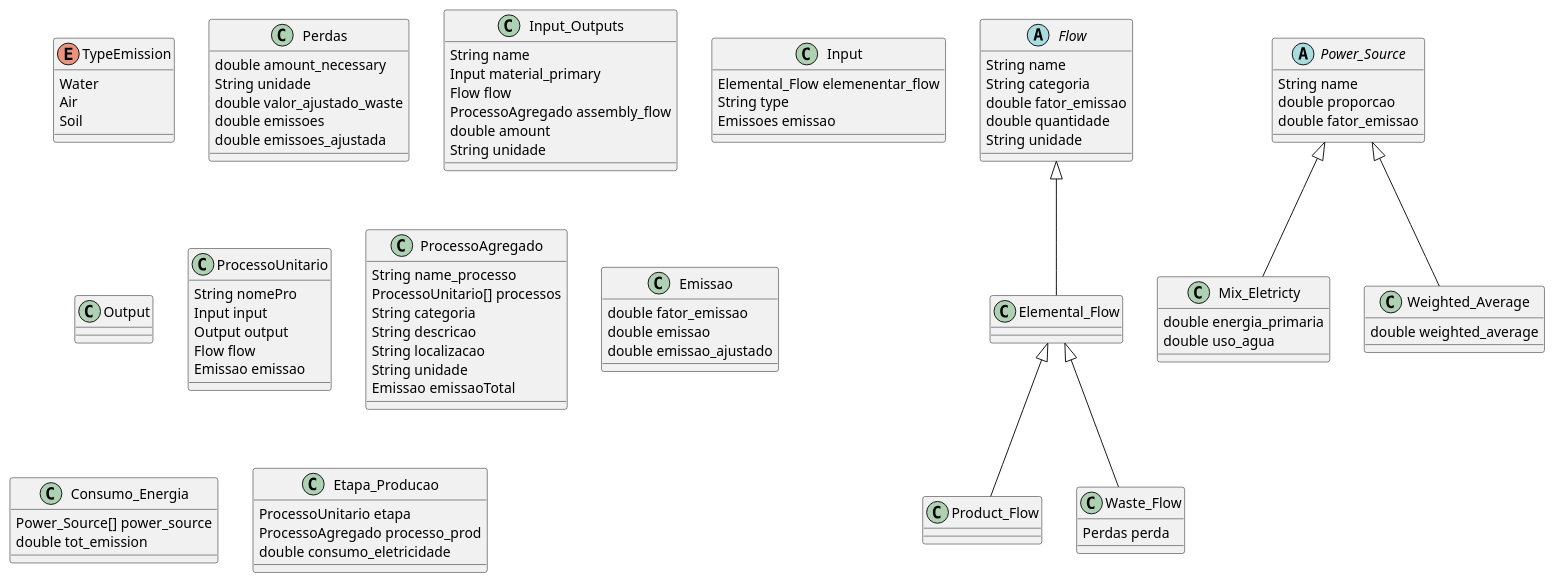
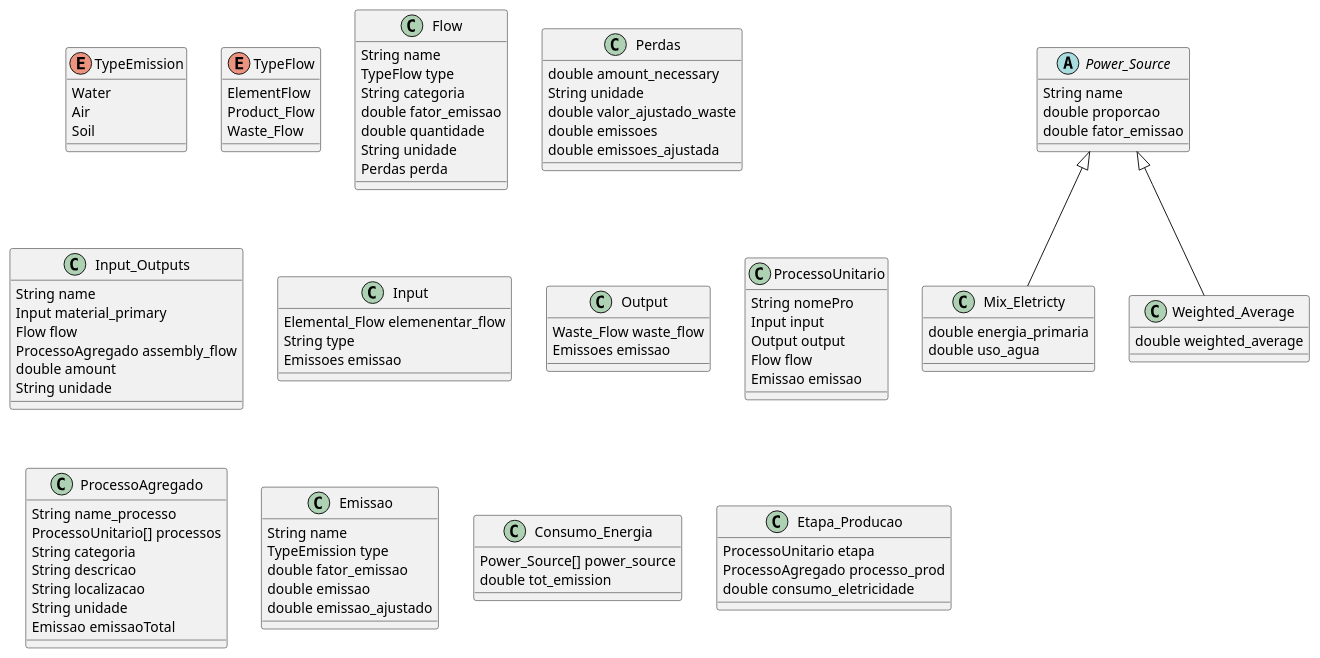
One commit to ArturESTG/DiagramasESIITrabalho changed the diagram in DiagramaAtividade/DiagramaAtividade.plantuml. Above: the diagram before and after it, drawn with PlantUML.

Commit message:
5º commit
Retirei a hiearquia da classe Flow

```diff
--- a/DiagramaAtividade/DiagramaAtividade.plantuml
+++ b/DiagramaAtividade/DiagramaAtividade.plantuml
@@ -1,172 +1,165 @@
 @startuml DiaramaAtividade
 
 /'Inicio enum'/
 
 enum TypeEmission {
     Water 
     Air
     Soil
 }
 
+enum TypeFlow {
+    ElementFlow 
+    Product_Flow 
+    Waste_Flow
+}
+
 /'Fim enum'/
 
 /'Inico das classes'/
 
 /'Esta classe representa os fluxos do trabalho'/
-abstract class Flow {
+class Flow {
     String name
+    TypeFlow type
     String categoria
     double fator_emissao
     double quantidade
     String unidade
-}
-
-/'
-Cada uma destas classes abaixo sao os tipos de flow
-Nota: O Product_Flow e o Waste_Flow são tipos de Elemental_Flow, como descrito
-no enunciado
-'/
-/'Nota o elemenentar flow tanto pode ser um input ou output'/
-class Elemental_Flow extends Flow{
-
-}
-
-/'Ocorre entre processos, ou'/
-class Product_Flow extends Elemental_Flow {
-
-}
-
-/'
-Corresponde as substancias/ objetos que serão "alienados" de alguma forma
-'/
-class Waste_Flow extends Elemental_Flow {
     Perdas perda
 }
 
 class Perdas {
     double amount_necessary
     String unidade
     double valor_ajustado_waste
     double emissoes
     double emissoes_ajustada
 }
 
 /' Aqui guarda os Fluxos de entrada e de saida
 Os de entrada corresponde a tudo o que entra para produzir
 o produto
 Os fluxos de saida a tudo o gerado pela produção
 
 O fator_emissão não até que ponto pode estar cá
 
 class Input_Outputs {
     String name
     typeInput type 
     Flow flow
     double quantidade 
     String unidade
     double fator_emissao
 }
 '/
 
 /'Classe Input_Output está classe guarda os materiais que são considerados inputs e 
 outputs ao mesmo tempo
 Nota: Ignorar o comentario acima, era a classe Input_Output antiga
 '/
 class Input_Outputs {
     String name
     Input material_primary
     Flow flow
     ProcessoAgregado assembly_flow 
     double amount 
     String unidade
 }
 
 /'Representas os mateirais a utilizar e outros elementos, tipo energia,
 agua, etc
 
 O elementarl Flow, é porque o input tanto pode ser uma energia ou 
 recurso naturais
 O type é para saber se é energia ou materia-prima
 A classe perdas é para saver as perdas relacionadas com o input
 '/
 class Input  {
     Elemental_Flow elemenentar_flow
     String type
     Emissoes emissao
 }
 
 /'Classe Outpur representa os outputs do projeto'/
 class Output  {
-
+    Waste_Flow waste_flow  
+    Emissoes emissao
 }
-
 
 /'
 Esta classe representa os processos unitarios
 '/
 class ProcessoUnitario {
     String nomePro
     Input input
     Output output
     Flow flow
     Emissao emissao
 }
 
 /'
 Este classe representaos processos agupados
 '/
 class ProcessoAgregado {
     String name_processo
     ProcessoUnitario[] processos
     String categoria
     String descricao
     String localizacao
     String unidade
     Emissao emissaoTotal
 }
 
-/'Representa as várias emissão que podem acontecer, do solo, ar e água'/
+/'
+Representa as várias emissão que podem acontecer, do solo, ar e água
+
+Nota: Não sei até que ponto esta classe é necessária
+com a existencia da classe perda ou vice-versa
+'/
 class Emissao {
+    String name
+    TypeEmission type
     double fator_emissao
     double emissao
     double emissao_ajustado
 }
 
 /'
 Classe para guardar o consumo de energia em cada processo, provavelmetne apenas os 
 processos de produção
 '/
 class Consumo_Energia {
     Power_Source[] power_source
     double tot_emission
 }
 
 /'Daqui para baixo está a representação da tabela de energia do enunciado'/
 abstract class Power_Source{
     String name
     double proporcao
     double fator_emissao 
 }
 
 /'Energia Primaria --> MJ/kWh
 uso de agua --> litros/kWh'/
 class Mix_Eletricty extends Power_Source {
     double energia_primaria
     double uso_agua
 }
 
 class Weighted_Average extends Power_Source {
     double weighted_average
 }
 
 /'Classes a repensar'/
 
 /'Represnta cada etapa de produção'/
 class Etapa_Producao {
     ProcessoUnitario etapa
     ProcessoAgregado processo_prod
     double consumo_eletricidade
 }
 
 /'Fim das classes a repensar'/
 @enduml
```
